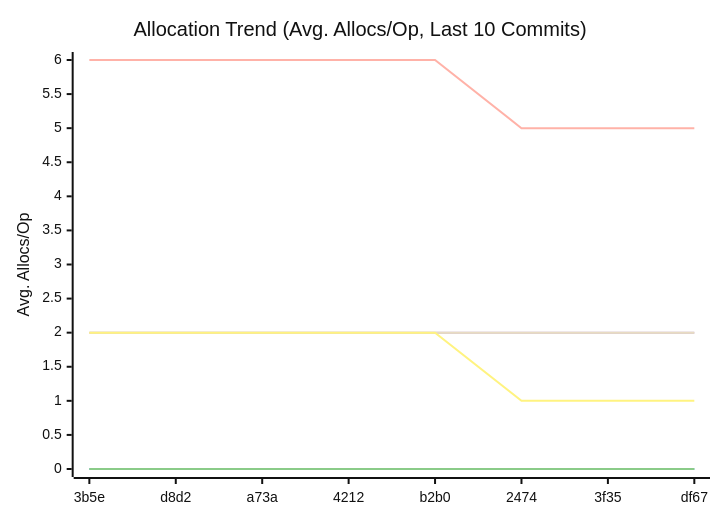
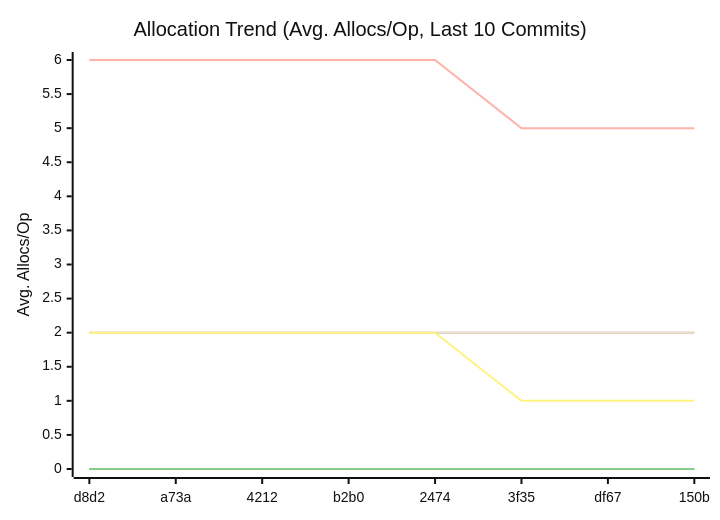
The third of 3 diagrams in docs/README.md (alsotoes/momo), drawn with Mermaid (neutral theme) before and after one commit. The commit also changed other lines of this file and 1 other file, not shown here.

````diff
--- a/docs/README.md
+++ b/docs/README.md
@@ -172,14 +172,14 @@
 ```mermaid
 xychart-beta
     title "Allocation Trend (Avg. Allocs/Op, Last 10 Commits)"
     x-axis "Commit"
     y-axis "Avg. Allocs/Op"
-    x-axis [3b5e,d8d2,a73a,4212,b2b0,2474,3f35,df67]
+    x-axis [d8d2,a73a,4212,b2b0,2474,3f35,df67,150b]
     line "CheckMetricsAndSwap" [0,0,0,0,0,0,0,0,0,0]
     line "IndexDirectTracking" [0,0,0,0,0,0,0,0,0,0]
     line "IndexSearch" [0,0,0,0,0,0,0,0,0,0]
     line "LoadGlobalConfig" [2,2,2,2,2,2,2,2,2,2]
-    line "PadString" [2,2,2,2,2,2,2,2,2,2]
+    line "PadString" [2,2,2,2,2,2,2,2,2,1]
     line "ParseReplicationOrder_NoPrealloc" [6,6,6,6,6,5,5,5,5,5]
     line "ParseReplicationOrder_Prealloc" [2,2,2,2,2,1,1,1,1,1]
 ```
````
